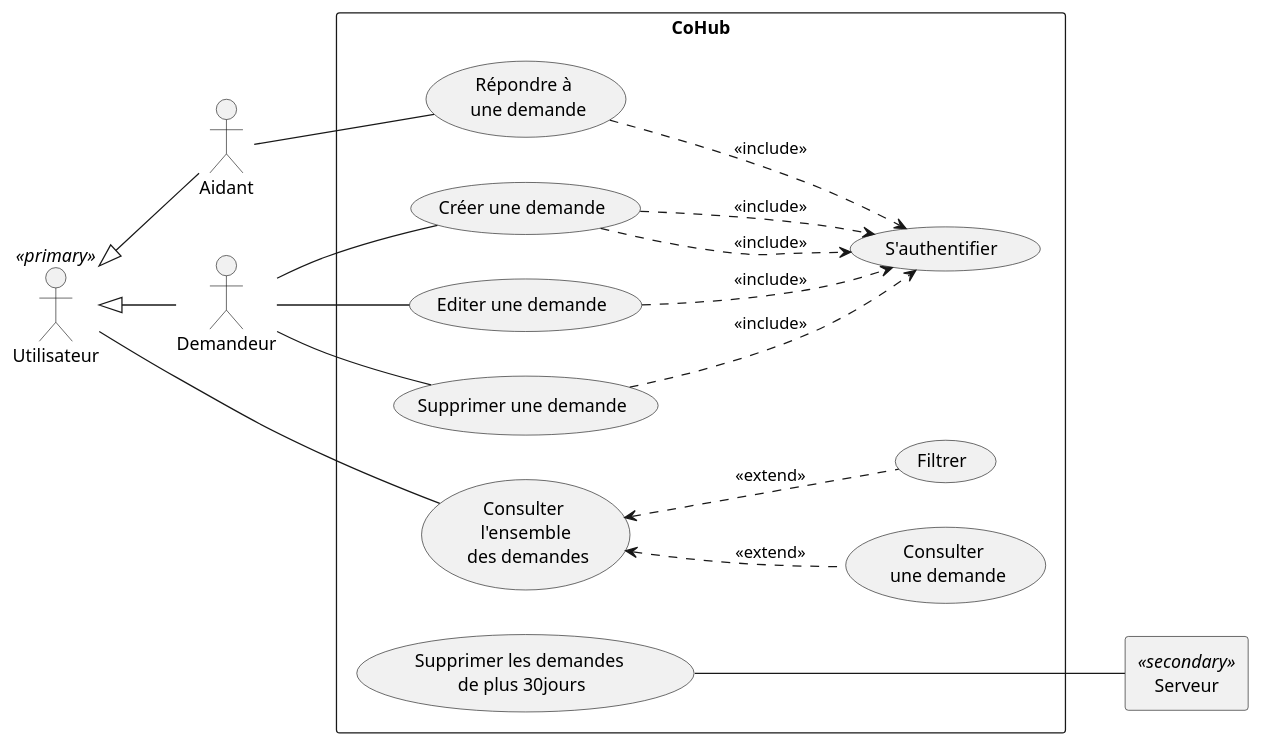
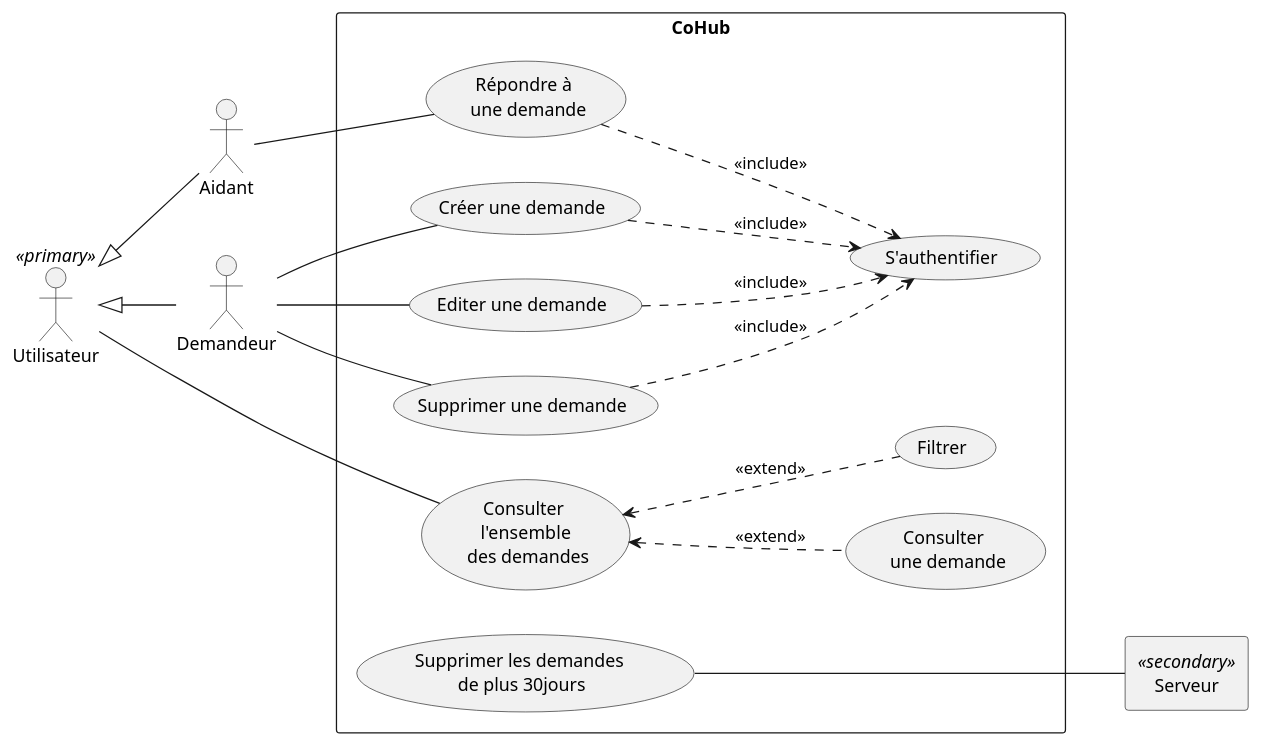
Before and after one commit to dorianleveque/CoHub: the diagram in docs/UML/cas utilisation.puml, drawn with PlantUML.

Commit message:
Update cas utilisation.puml

```diff
--- a/docs/UML/cas utilisation.puml
+++ b/docs/UML/cas utilisation.puml
@@ -1,41 +1,41 @@
 @startuml
 left to right direction
 actor Utilisateur as "Utilisateur" <<primary>>
 actor Aidant
 actor Demandeur
 agent Serveur as "Serveur" <<secondary>>
 
 Utilisateur <|-- Aidant
 Utilisateur <|-- Demandeur
 
 rectangle "CoHub" {
     usecase UC1 as "Consulter \n l'ensemble \n des demandes"
     usecase UC2 as "Consulter \n une demande"
     usecase UC3 as "Filtrer"
     usecase UC5 as "Créer une demande"
     usecase UC6 as "Editer une demande"
     usecase UC7 as "Répondre à \n une demande"
     usecase UC8 as "S'authentifier"
     usecase UC9 as "Supprimer une demande"
     usecase UC10 as "Supprimer les demandes \n de plus 30jours " 
 
     Utilisateur -- (UC1)
     UC1 <.. UC2 : <<extend>>
     UC1 <.. UC3 : <<extend>>
     
 
     Demandeur -- UC5
     Demandeur -- UC9
     Demandeur -- UC6
-    UC5 ..> UC8 : <<include>>
+
 
 
     Aidant -- UC7
     UC7 ..> UC8 : <<include>>
     UC5 ..> UC8 : <<include>>
     UC6 ..> UC8 : <<include>>
     UC9 ..> UC8 : <<include>>
 
     UC10 --- Serveur
 }
 @enduml
```
